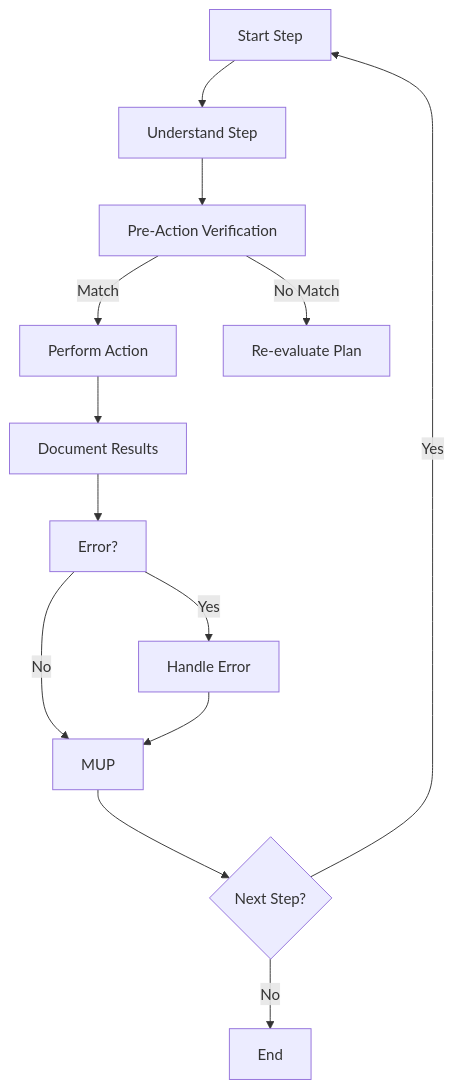
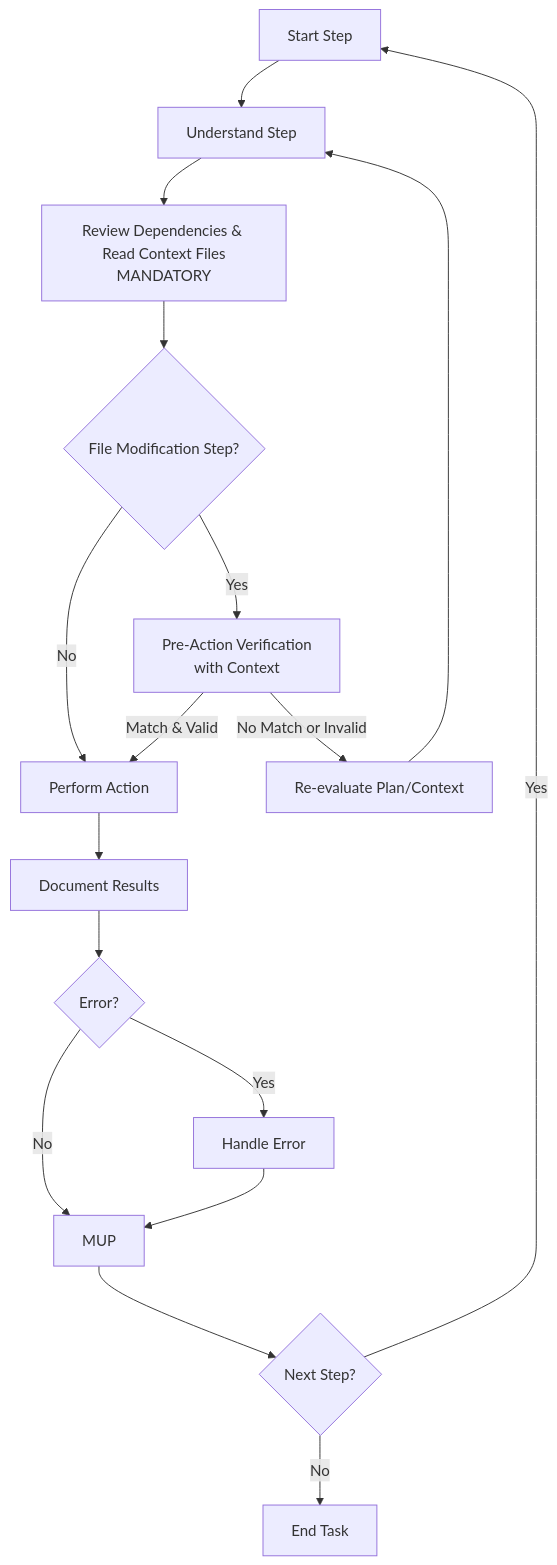
One commit to tejasPhaveri/Cline-Recursive-Chain-of-Thought-System-CRCT- changed the diagram in cline_docs/prompts/execution_plugin.md. Above: the diagram before and after it, drawn with Mermaid. The commit also changed other lines of this file and 10 other files, not shown here.

````diff
--- a/cline_docs/prompts/execution_plugin.md
+++ b/cline_docs/prompts/execution_plugin.md
@@ -111,15 +139,19 @@
 ```mermaid
 flowchart TD
-A[Start Step] --> B[Understand Step]
-B --> C[Pre-Action Verification]
-C -- Match --> D[Perform Action]
-C -- No Match --> E[Re-evaluate Plan]
-D --> F[Document Results]
-F --> G[Error?]
-G -- Yes --> H[Handle Error]
-G -- No --> I[MUP]
-H --> I
-I --> J{Next Step?}
-J -- Yes --> A
-J -- No --> K[End]
+    A[Start Step] --> B[Understand Step]
+    B --> C[Review Dependencies & Read Context Files<br>MANDATORY]
+    C --> D{File Modification Step?}
+    D -- Yes --> E[Pre-Action Verification<br> with Context]
+    D -- No --> G[Perform Action]
+    E -- Match & Valid --> G
+    E -- No Match or Invalid --> F[Re-evaluate Plan/Context]
+    F --> B
+    G --> H[Document Results]
+    H --> I{Error?}
+    I -- Yes --> J[Handle Error]
+    I -- No --> K[MUP]
+    J --> K
+    K --> L{Next Step?}
+    L -- Yes --> A
+    L -- No --> M[End Task]
 ```
````
